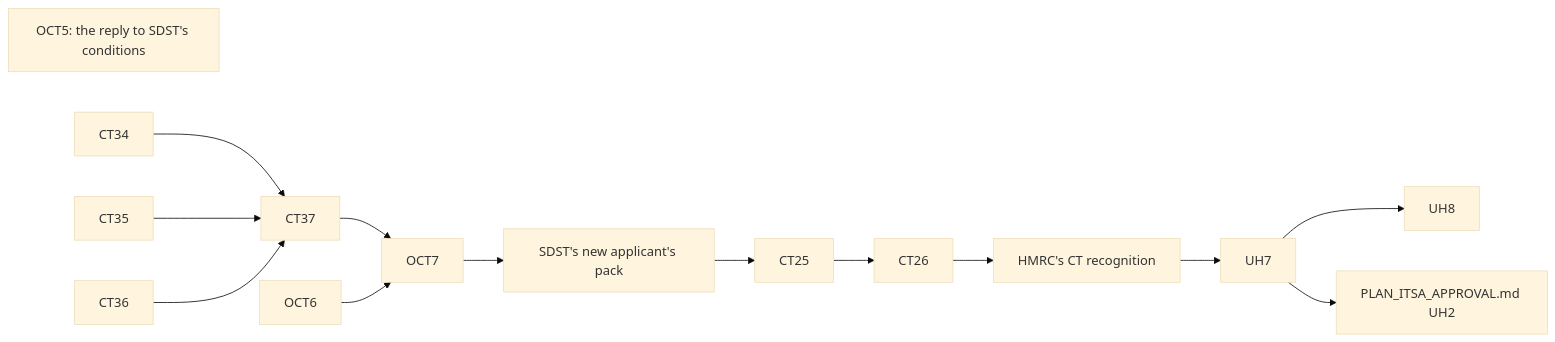
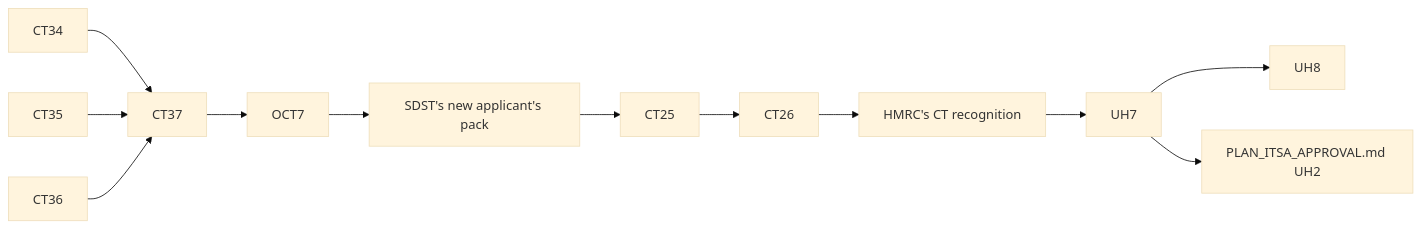
Before and after one commit to diy-accounting-uk/submit.diyaccounting.co.uk: the diagram in PLAN_HMRC_CT_APPROVAL.md, drawn with Mermaid (base theme). The commit also changed other lines of this file and 1 other file, not shown here.

First line of the commit message:
Board: the operator's answers of 2026-11-23: no reply to SDST before Email 2, the CT600 opens on prod after recognition, OCHT1 and CHT1 board the Companies House test sign-in

````diff
--- a/PLAN_HMRC_CT_APPROVAL.md
+++ b/PLAN_HMRC_CT_APPROVAL.md
@@ -96,16 +89,14 @@
 ```mermaid
 flowchart LR
-    OCT5["OCT5: the reply to SDST's conditions"]
     CT34 --> CT37
     CT35 --> CT37
     CT36 --> CT37
     CT37 --> OCT7
-    OCT6 --> OCT7
     OCT7 --> SDST["SDST's new applicant's pack"]
     SDST --> CT25
     CT25 --> CT26
     CT26 --> REC["HMRC's CT recognition"]
     REC --> UH7
     UH7 --> UH8
     UH7 --> UH2["PLAN_ITSA_APPROVAL.md UH2"]
 ```
````
